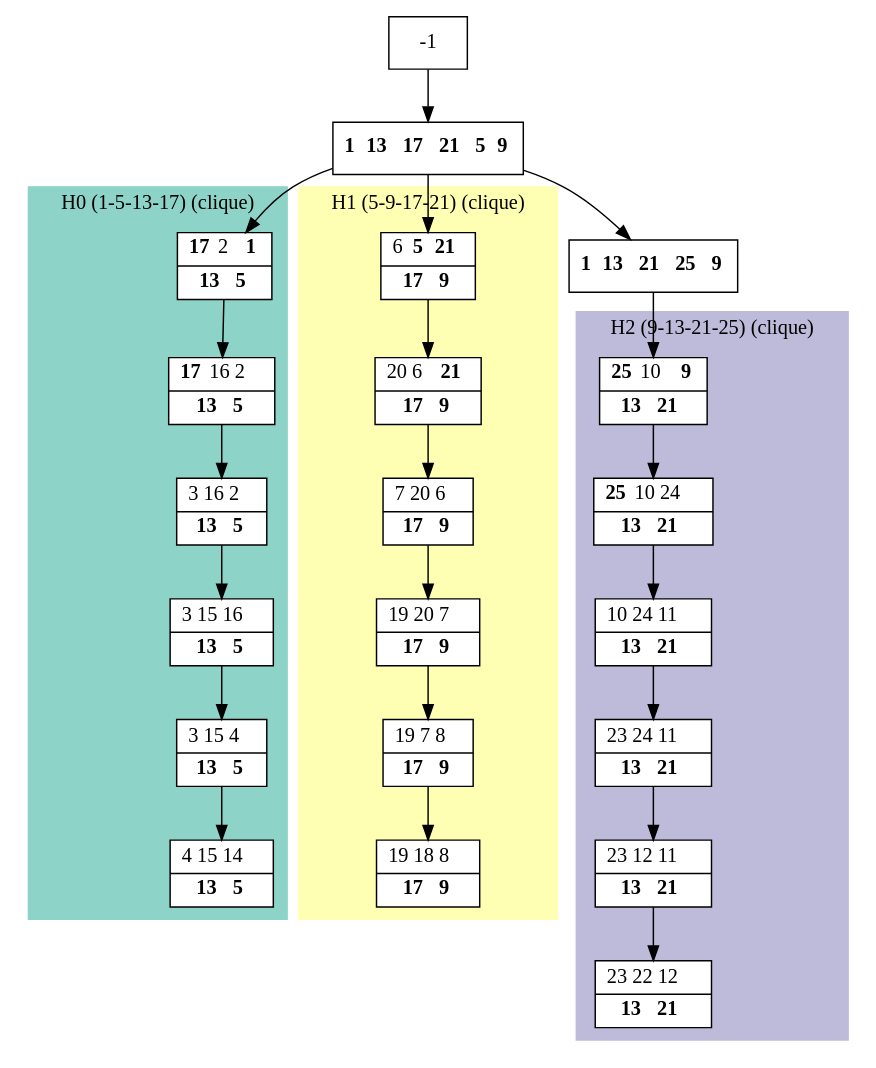
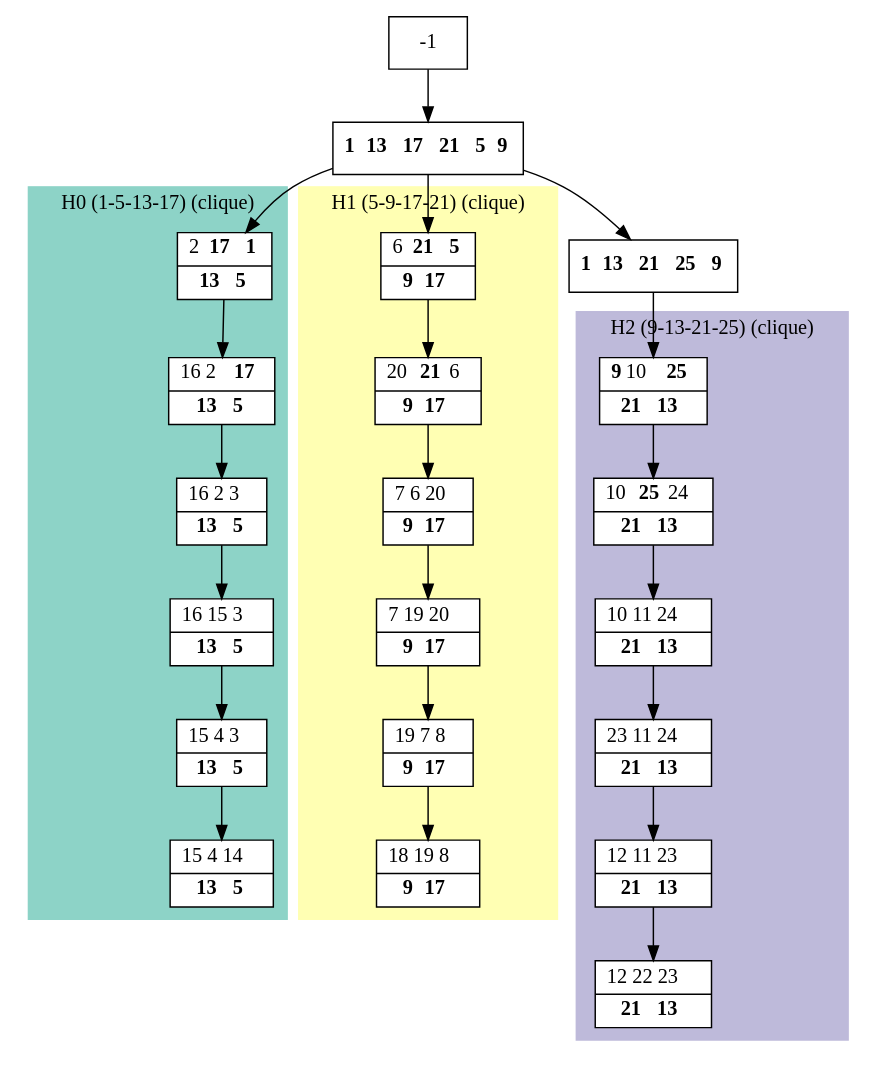
One commit to bmarchand/auto-dp changed the diagram in results/dot_files/processed_L.dot. Above: the diagram before and after it, drawn with Graphviz. The commit also changed 348 other files, not shown here.

```diff
--- a/results/dot_files/processed_L.dot
+++ b/results/dot_files/processed_L.dot
@@ -1,52 +1,52 @@
 digraph G {
     node [shape=box];
     subgraph cluster0 {
         node [style=filled,fillcolor=white];
         labeljust="l";
         style=filled;
         color="#8DD3C7";
         H0_0 -> H0_1 -> H0_2 -> H0_3 -> H0_4 -> H0_5;
         label="H0 (1-5-13-17) (clique)";
     }
     subgraph cluster1 {
         node [style=filled,fillcolor=white];
         labeljust="l";
         style=filled;
         color="#FFFFB3";
         H1_0 -> H1_1 -> H1_2 -> H1_3 -> H1_4 -> H1_5;
         label="H1 (5-9-17-21) (clique)";
     }
     subgraph cluster2 {
         node [style=filled,fillcolor=white];
         labeljust="l";
         style=filled;
         color="#BEBADA";
         H2_0 -> H2_1 -> H2_2 -> H2_3 -> H2_4 -> H2_5;
         label="H2 (9-13-21-25) (clique)";
     }
      1 [shape=record,label= <{ <b>1</b> <b>13</b> <b>17</b> <b>21</b> <b>5</b> <b>9</b>}> ];
      -1  ->  1;
-     H0_0 [shape=record,label= <{ <b>17</b> 2 <b>1</b>|  <b>13</b> <b>5</b>}> ];
+     H0_0 [shape=record,label= <{ 2 <b>17</b> <b>1</b>|  <b>13</b> <b>5</b>}> ];
      1  ->  H0_0;
-     H0_1 [shape=record,label= <{ <b>17</b> 16 2|  <b>13</b> <b>5</b>}> ];
-     H0_2 [shape=record,label= <{ 3 16 2|  <b>13</b> <b>5</b>}> ];
-     H0_3 [shape=record,label= <{ 3 15 16|  <b>13</b> <b>5</b>}> ];
-     H0_4 [shape=record,label= <{ 3 15 4|  <b>13</b> <b>5</b>}> ];
-     H0_5 [shape=record,label= <{ 4 15 14|  <b>13</b> <b>5</b>}> ];
+     H0_1 [shape=record,label= <{ 16 2 <b>17</b>|  <b>13</b> <b>5</b>}> ];
+     H0_2 [shape=record,label= <{ 16 2 3|  <b>13</b> <b>5</b>}> ];
+     H0_3 [shape=record,label= <{ 16 15 3|  <b>13</b> <b>5</b>}> ];
+     H0_4 [shape=record,label= <{ 15 4 3|  <b>13</b> <b>5</b>}> ];
+     H0_5 [shape=record,label= <{ 15 4 14|  <b>13</b> <b>5</b>}> ];
      14 [shape=record,label= <{ <b>1</b> <b>13</b> <b>21</b> <b>25</b> <b>9</b>}> ];
      1  ->  14;
-     H2_0 [shape=record,label= <{ <b>25</b> 10 <b>9</b>|  <b>13</b> <b>21</b>}> ];
+     H2_0 [shape=record,label= <{ <b>9</b> 10 <b>25</b>|  <b>21</b> <b>13</b>}> ];
      14  ->  H2_0;
-     H2_1 [shape=record,label= <{ <b>25</b> 10 24|  <b>13</b> <b>21</b>}> ];
-     H2_2 [shape=record,label= <{ 10 24 11|  <b>13</b> <b>21</b>}> ];
-     H2_3 [shape=record,label= <{ 23 24 11|  <b>13</b> <b>21</b>}> ];
-     H2_4 [shape=record,label= <{ 23 12 11|  <b>13</b> <b>21</b>}> ];
-     H2_5 [shape=record,label= <{ 23 22 12|  <b>13</b> <b>21</b>}> ];
-     H1_0 [shape=record,label= <{ 6 <b>5</b> <b>21</b>|  <b>17</b> <b>9</b>}> ];
+     H2_1 [shape=record,label= <{ 10 <b>25</b> 24|  <b>21</b> <b>13</b>}> ];
+     H2_2 [shape=record,label= <{ 10 11 24|  <b>21</b> <b>13</b>}> ];
+     H2_3 [shape=record,label= <{ 23 11 24|  <b>21</b> <b>13</b>}> ];
+     H2_4 [shape=record,label= <{ 12 11 23|  <b>21</b> <b>13</b>}> ];
+     H2_5 [shape=record,label= <{ 12 22 23|  <b>21</b> <b>13</b>}> ];
+     H1_0 [shape=record,label= <{ 6 <b>21</b> <b>5</b>|  <b>9</b> <b>17</b>}> ];
      1  ->  H1_0;
-     H1_1 [shape=record,label= <{ 20 6 <b>21</b>|  <b>17</b> <b>9</b>}> ];
-     H1_2 [shape=record,label= <{ 7 20 6|  <b>17</b> <b>9</b>}> ];
-     H1_3 [shape=record,label= <{ 19 20 7|  <b>17</b> <b>9</b>}> ];
-     H1_4 [shape=record,label= <{ 19 7 8|  <b>17</b> <b>9</b>}> ];
-     H1_5 [shape=record,label= <{ 19 18 8|  <b>17</b> <b>9</b>}> ];
+     H1_1 [shape=record,label= <{ 20 <b>21</b> 6|  <b>9</b> <b>17</b>}> ];
+     H1_2 [shape=record,label= <{ 7 6 20|  <b>9</b> <b>17</b>}> ];
+     H1_3 [shape=record,label= <{ 7 19 20|  <b>9</b> <b>17</b>}> ];
+     H1_4 [shape=record,label= <{ 19 7 8|  <b>9</b> <b>17</b>}> ];
+     H1_5 [shape=record,label= <{ 18 19 8|  <b>9</b> <b>17</b>}> ];
 }
```
